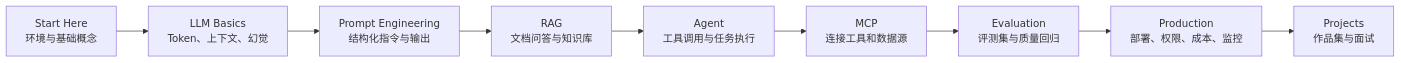
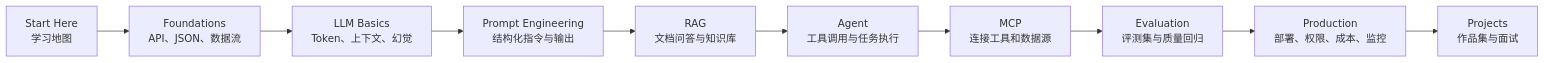
One commit to YanpengQi7/awesome-ai-application-engineer changed the diagram in README.md. Above: the diagram before and after it, drawn with Mermaid. The commit also changed other lines of this file and 15 other files, not shown here.

````diff
--- a/README.md
+++ b/README.md
@@ -61,11 +62,12 @@
 ```mermaid
 flowchart LR
-    A["Start Here<br/>环境与基础概念"] --> B["LLM Basics<br/>Token、上下文、幻觉"]
+    A["Start Here<br/>学习地图"] --> A1["Foundations<br/>API、JSON、数据流"]
+    A1 --> B["LLM Basics<br/>Token、上下文、幻觉"]
     B --> C["Prompt Engineering<br/>结构化指令与输出"]
     C --> D["RAG<br/>文档问答与知识库"]
     D --> E["Agent<br/>工具调用与任务执行"]
     E --> F["MCP<br/>连接工具和数据源"]
     F --> G["Evaluation<br/>评测集与质量回归"]
     G --> H["Production<br/>部署、权限、成本、监控"]
     H --> I["Projects<br/>作品集与面试"]
 ```
````
